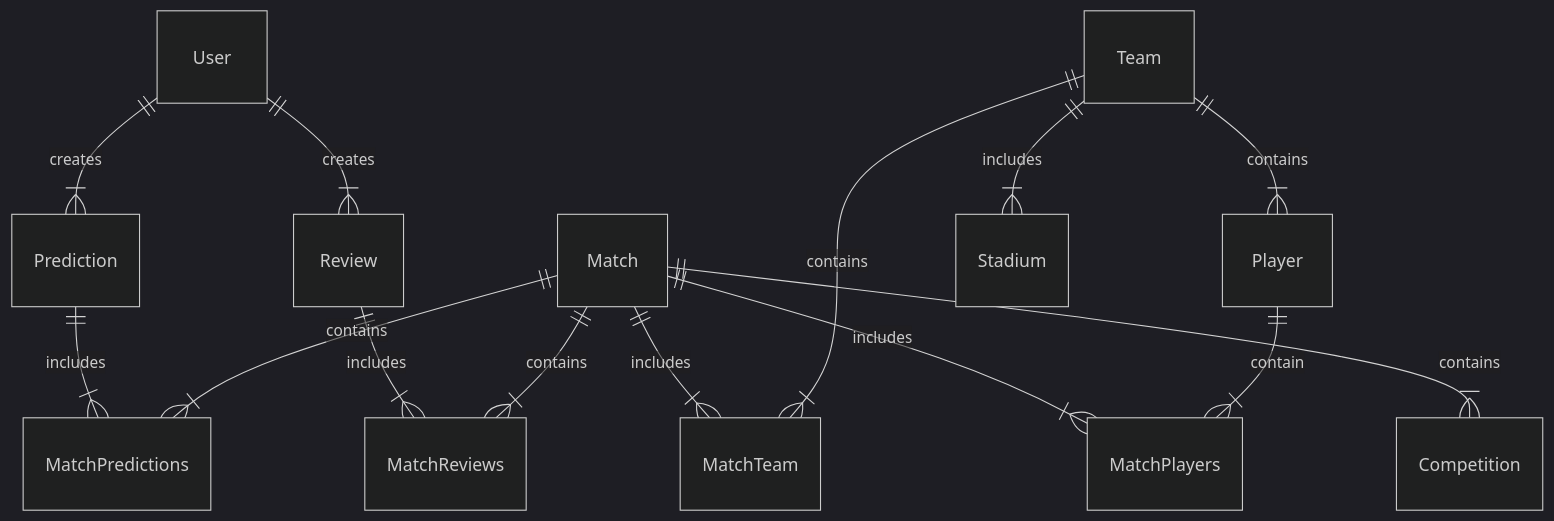
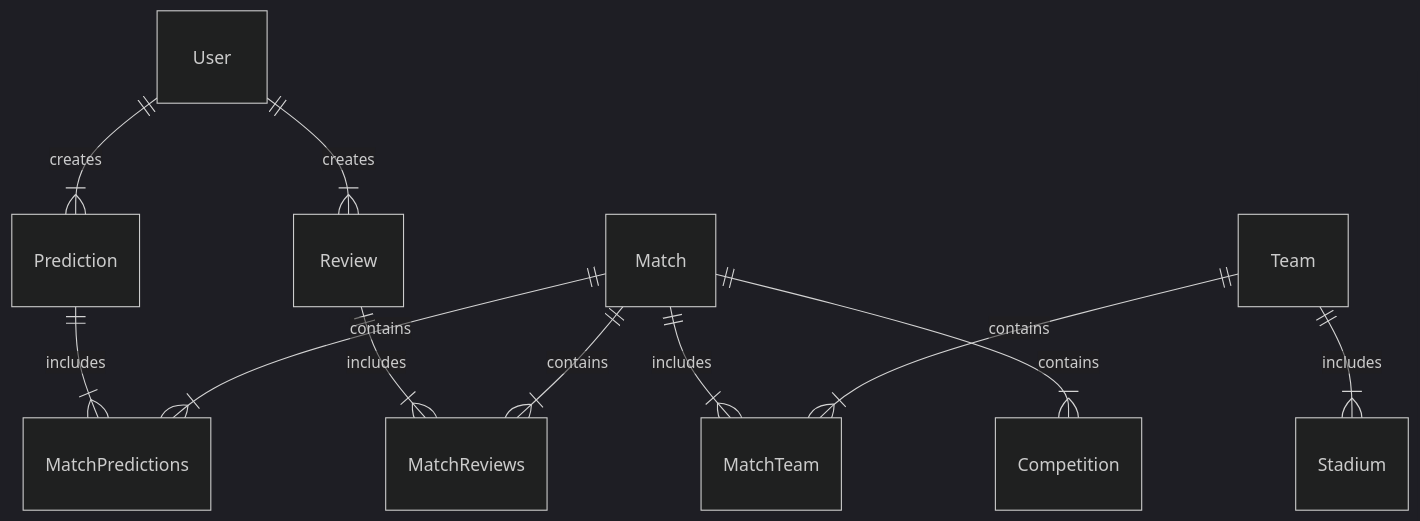
One commit to JFavioUS/allThings-RealMadrid changed the first of 2 diagrams in README.md. Above: the diagram before and after it, drawn with Mermaid.

````diff
--- a/README.md
+++ b/README.md
@@ -28,17 +28,14 @@
 ```mermaid
 %%{init: {'theme':'dark'}}%%
 erDiagram
     User ||--|{ Prediction : creates
     User ||--|{ Review : creates
     Match ||--|{ MatchTeam : includes
     Team ||--|{ MatchTeam : contains
     Match ||--|{ Competition : contains
-    Team ||--|{ Player : contains
     Team ||--|{ Stadium : includes
-    Match ||--|{ MatchPlayers : includes
-    Player ||--|{ MatchPlayers : contain
     Review ||--|{ MatchReviews : includes
     Match ||--|{ MatchReviews : contains
     Prediction ||--|{ MatchPredictions : includes
     Match ||--|{ MatchPredictions : contains
 ```
````
